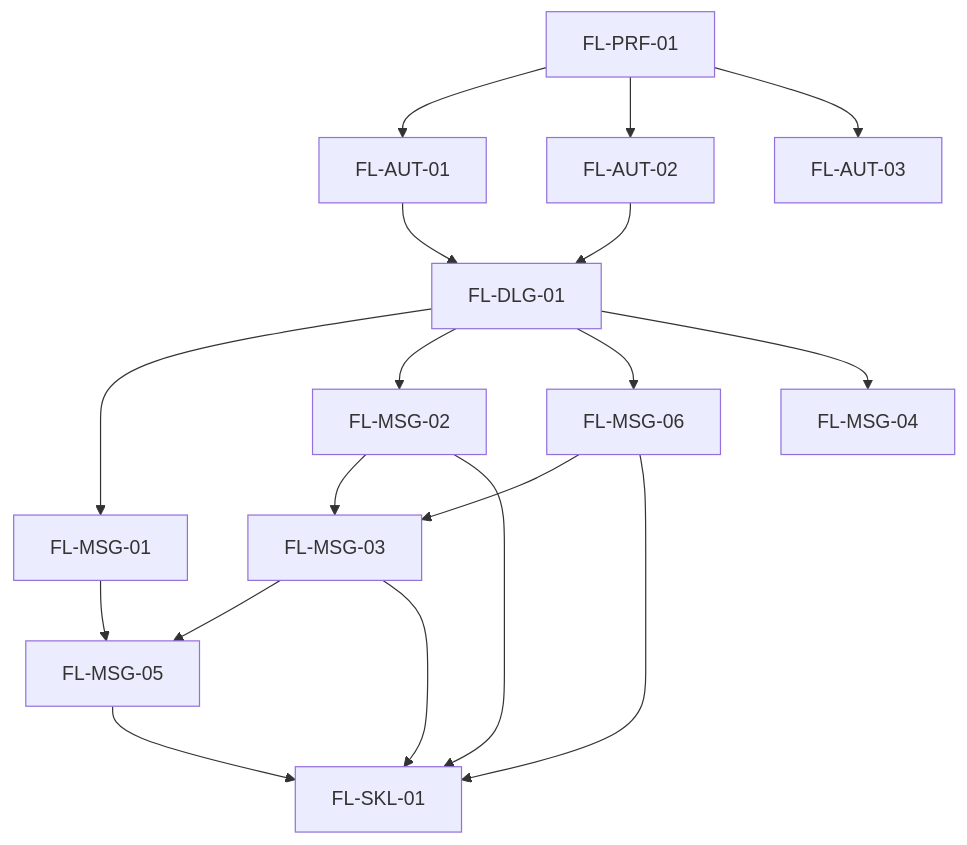
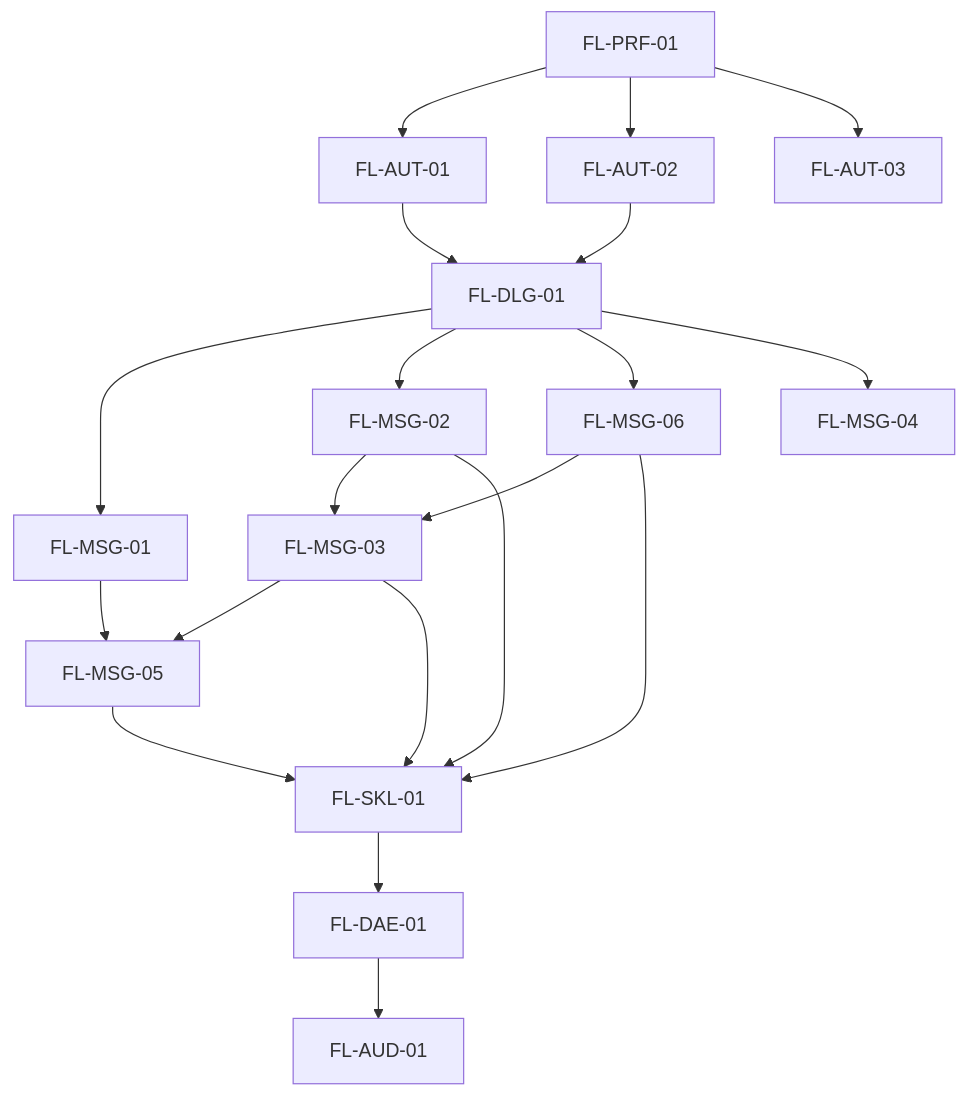
Before and after one commit to fgpaz/mi-telegram-cli: the diagram in .docs/wiki/03_FL.md, drawn with Mermaid. The commit also changed other lines of this file and 44 other files, not shown here.

````diff
--- a/.docs/wiki/03_FL.md
+++ b/.docs/wiki/03_FL.md
@@ -32,33 +34,37 @@
 ```mermaid
 flowchart TD
     PRF[FL-PRF-01]
     AUT1[FL-AUT-01]
     AUT2[FL-AUT-02]
     AUT3[FL-AUT-03]
     DLG[FL-DLG-01]
     MSG1[FL-MSG-01]
     MSG2[FL-MSG-02]
     MSG3[FL-MSG-03]
     MSG4[FL-MSG-04]
     MSG5[FL-MSG-05]
     MSG6[FL-MSG-06]
     SKL[FL-SKL-01]
+    DAE[FL-DAE-01]
+    AUD[FL-AUD-01]
 
     PRF --> AUT1
     PRF --> AUT2
     PRF --> AUT3
     AUT1 --> DLG
     AUT2 --> DLG
     DLG --> MSG1
     DLG --> MSG2
     DLG --> MSG6
     MSG2 --> MSG3
     MSG6 --> MSG3
     MSG1 --> MSG5
     MSG3 --> MSG5
     DLG --> MSG4
     MSG2 --> SKL
     MSG3 --> SKL
     MSG5 --> SKL
     MSG6 --> SKL
+    SKL --> DAE
+    DAE --> AUD
 ```
````
